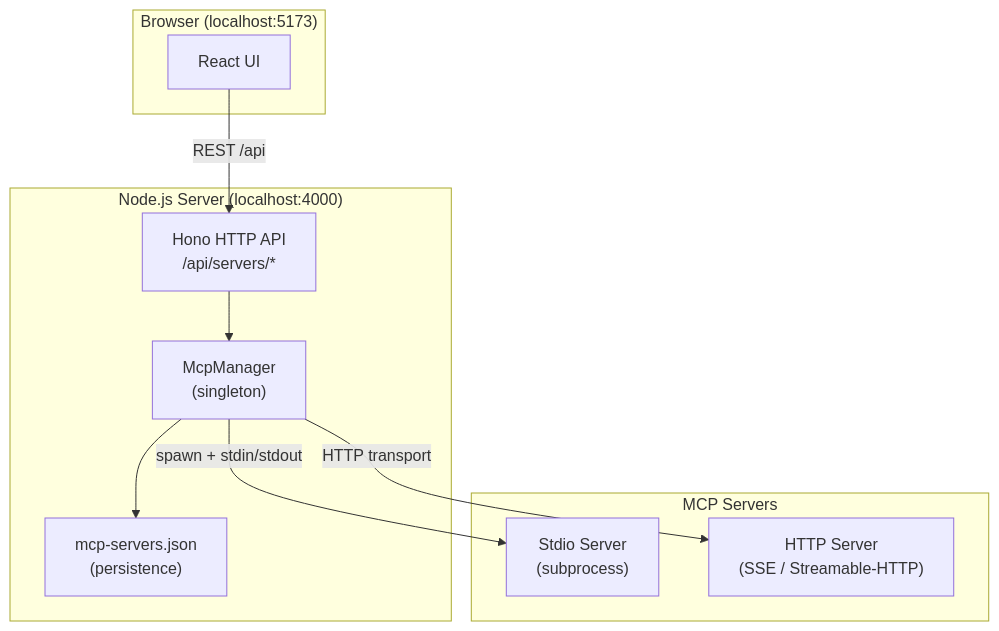
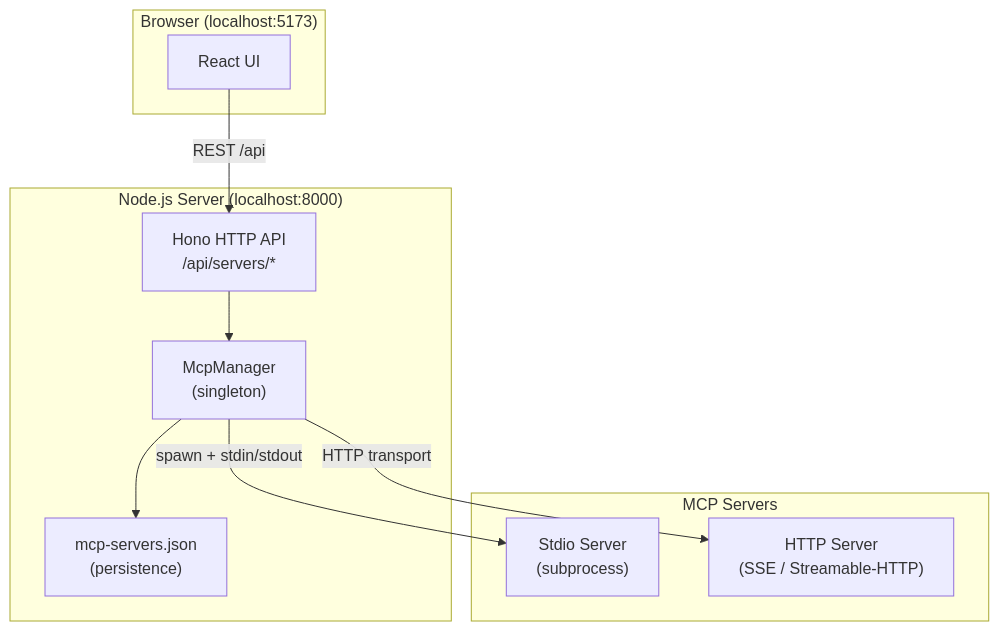
Before and after one commit to JoseMiguez98/mcp-playground: the diagram in README.md, drawn with Mermaid. The commit also changed other lines of this file and 4 other files, not shown here.

````diff
--- a/README.md
+++ b/README.md
@@ -24,23 +28,23 @@
 ```mermaid
 flowchart TD
     subgraph Browser["Browser (localhost:5173)"]
         UI["React UI"]
     end
 
-    subgraph Server["Node.js Server (localhost:4000)"]
+    subgraph Server["Node.js Server (localhost:8000)"]
         Hono["Hono HTTP API\n/api/servers/*"]
         McpManager["McpManager\n(singleton)"]
         Config["mcp-servers.json\n(persistence)"]
         Hono --> McpManager
         McpManager --> Config
     end
 
     subgraph MCPServers["MCP Servers"]
         Stdio["Stdio Server\n(subprocess)"]
         HTTP["HTTP Server\n(SSE / Streamable-HTTP)"]
     end
 
     UI -- "REST /api" --> Hono
     McpManager -- "spawn + stdin/stdout" --> Stdio
     McpManager -- "HTTP transport" --> HTTP
 ```
````
